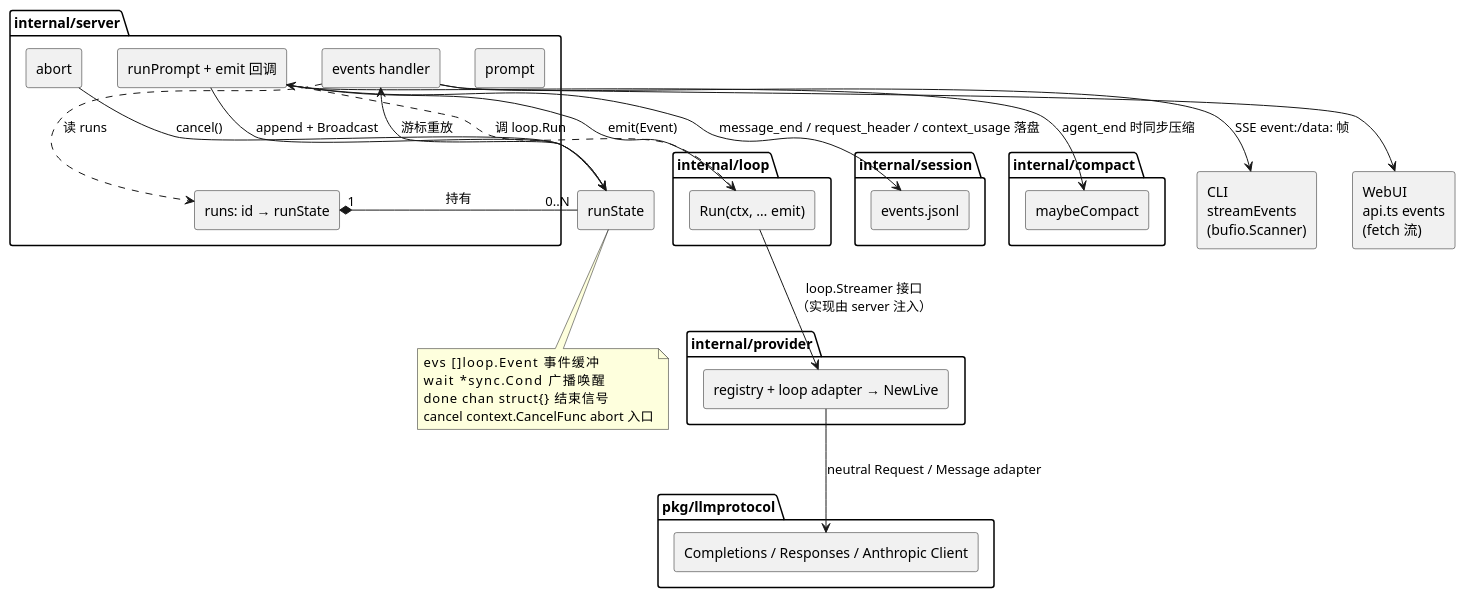
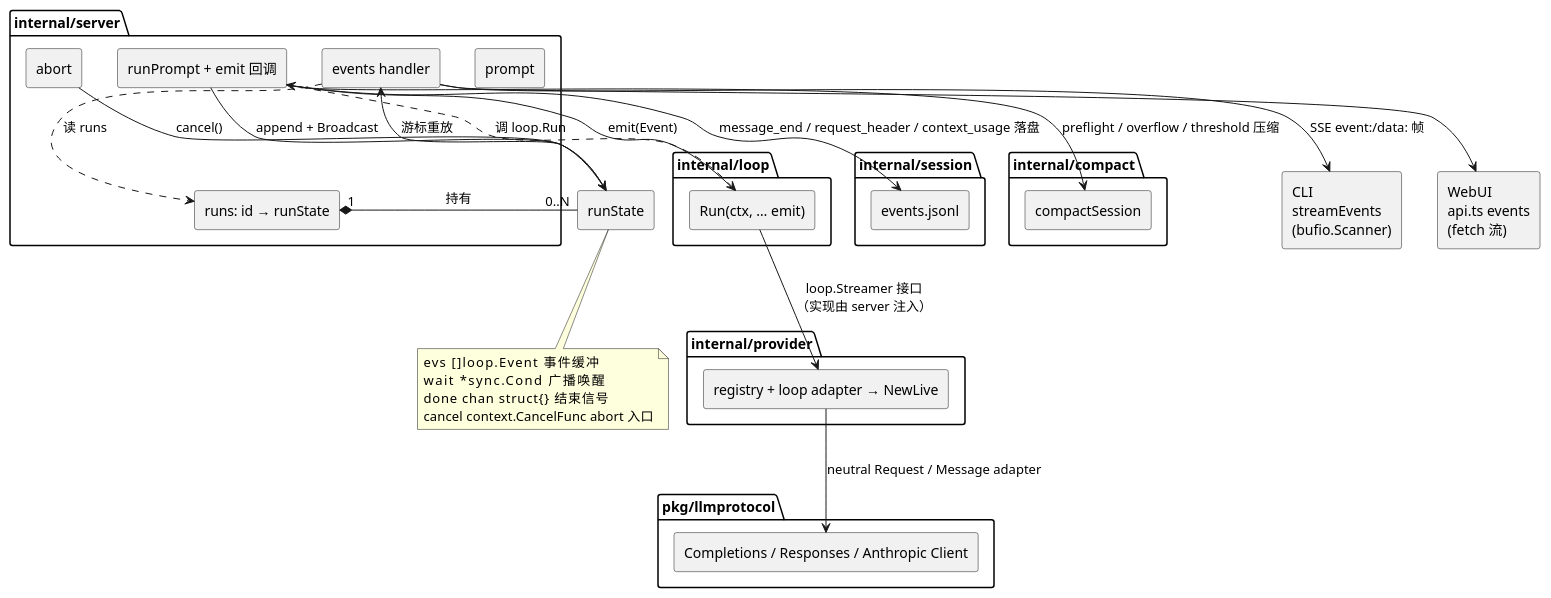
The second of 2 diagrams in docs/architecture.md (skyw8/ki), drawn with PlantUML before and after one commit. The commit also changed other lines of this file and 23 other files, not shown here.

````diff
--- a/docs/architecture.md
+++ b/docs/architecture.md
@@ -145,63 +150,63 @@
 ```plantuml
 @startuml
 skinparam componentStyle rectangle
 
 ' ==== 消费者：只走 SSE ====
 [CLI\nstreamEvents\n(bufio.Scanner)] as CLI
 [WebUI\napi.ts events\n(fetch 流)] as WEB
 
 ' ==== 组装者：server 包 ====
 package "internal/server" {
   [prompt] as PROMPT
   [runPrompt + emit 回调] as RUNP
   [events handler] as EV
   [abort] as ABORT
   [runs: id → runState] as RUNS
 }
 
 ' ==== runState（server 包内类型）：一次运行的直播录像 ====
 [runState] as RS
 note bottom of RS
   evs []loop.Event        事件缓冲
   wait *sync.Cond         广播唤醒
   done chan struct{}      结束信号
   cancel context.CancelFunc  abort 入口
 end note
 
 ' ==== 事件源：loop 包（只依赖 types）====
 package "internal/loop" {
   [Run(ctx, … emit)] as RUN
 }
 
 ' ==== 订阅端 ====
 package "internal/session" {
   [events.jsonl] as JSONL
 }
 package "internal/compact" {
-  [maybeCompact] as COMPACT
+  [compactSession] as COMPACT
 }
 package "internal/provider" {
   [registry + loop adapter → NewLive] as LIVE
 }
 package "pkg/llmprotocol" {
   [Completions / Responses / Anthropic Client] as PROTOCOL
 }
 
 ' ---- 组合 / 编译期依赖 ----
 RUNS "1" *-- "0..N" RS : 持有
 RUNP ..> RUN : 调 loop.Run
 EV ..> RUNS : 读 runs
 
 ' ---- 运行期数据流 ----
 RUN --> RUNP : emit(Event)
 RUNP --> JSONL : message_end / request_header / context_usage 落盘
 RUNP --> RS : append + Broadcast
 RS --> EV : 游标重放
 EV --> CLI : SSE event:/data: 帧
 EV --> WEB
 ABORT --> RS : cancel()
 RUN --> LIVE : loop.Streamer 接口\n（实现由 server 注入）
 LIVE --> PROTOCOL : neutral Request / Message adapter
-RUNP --> COMPACT : agent_end 时同步压缩
+RUNP --> COMPACT : preflight / overflow / threshold 压缩
 @enduml
 ```
````
